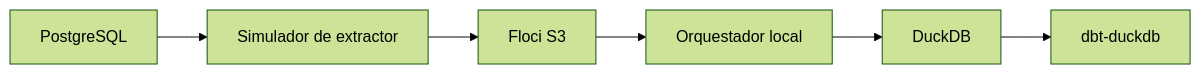
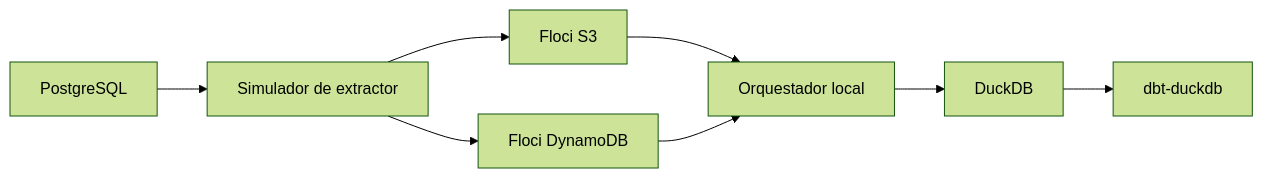
One commit to mduenast/sap-glue-local-poc-docs changed the diagram in docs/es/02-arquitectura-poc-local.md. Above: the diagram before and after it, drawn with Mermaid (forest theme). The commit also changed other lines of this file and 23 other files, not shown here.

Commit message:
Expand architecture diagrams, enrich landing zone contract, and update documentation to include batch state tracking and Floci DynamoDB integration.

````diff
--- a/docs/es/02-arquitectura-poc-local.md
+++ b/docs/es/02-arquitectura-poc-local.md
@@ -5,8 +5,10 @@
 ```mermaid
 flowchart LR
   A[PostgreSQL] --> B[Simulador de extractor]
   B --> C[Floci S3]
+  B --> G[Floci DynamoDB]
   C --> D[Orquestador local]
+  G --> D
   D --> E[DuckDB]
   E --> F[dbt-duckdb]
 ```
````
